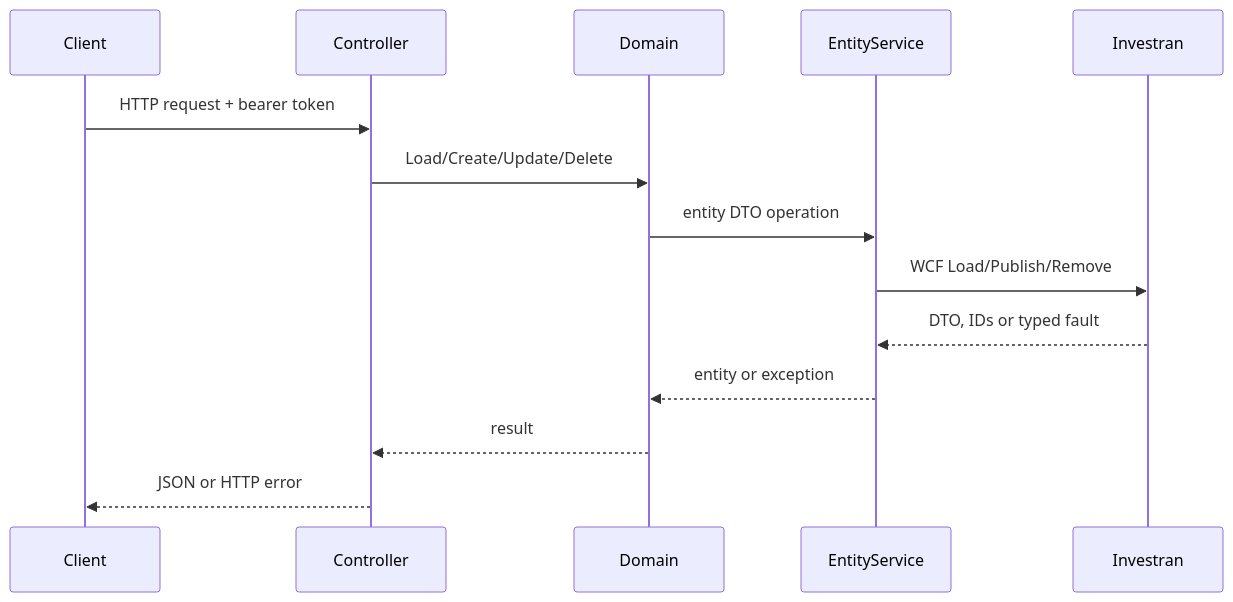
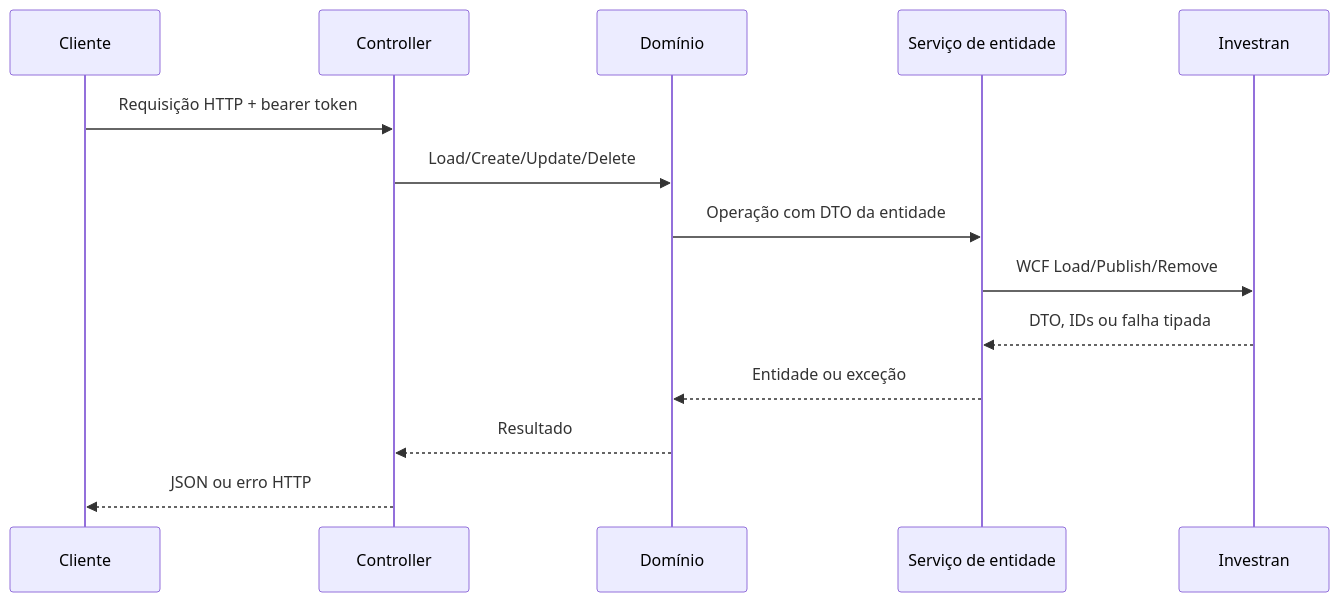
One commit to msekimoto/investran changed the second of 2 diagrams in docs/api/architecture.md. Above: the diagram before and after it, drawn with Mermaid. The commit also changed other lines of this file and 6 other files, not shown here.

````diff
--- a/docs/api/architecture.md
+++ b/docs/api/architecture.md
@@ -56,17 +56,17 @@
 ```mermaid
 sequenceDiagram
-    participant Client
+    participant Cliente
     participant Controller
-    participant Domain
-    participant EntityService
+    participant Dominio as Domínio
+    participant Servico as Serviço de entidade
     participant Investran
 
-    Client->>Controller: HTTP request + bearer token
-    Controller->>Domain: Load/Create/Update/Delete
-    Domain->>EntityService: entity DTO operation
-    EntityService->>Investran: WCF Load/Publish/Remove
-    Investran-->>EntityService: DTO, IDs or typed fault
-    EntityService-->>Domain: entity or exception
-    Domain-->>Controller: result
-    Controller-->>Client: JSON or HTTP error
+    Cliente->>Controller: Requisição HTTP + bearer token
+    Controller->>Dominio: Load/Create/Update/Delete
+    Dominio->>Servico: Operação com DTO da entidade
+    Servico->>Investran: WCF Load/Publish/Remove
+    Investran-->>Servico: DTO, IDs ou falha tipada
+    Servico-->>Dominio: Entidade ou exceção
+    Dominio-->>Controller: Resultado
+    Controller-->>Cliente: JSON ou erro HTTP
 ```
````
